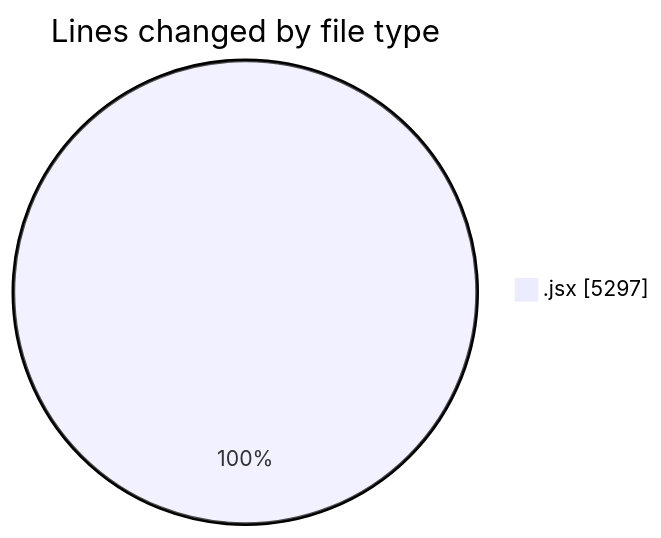
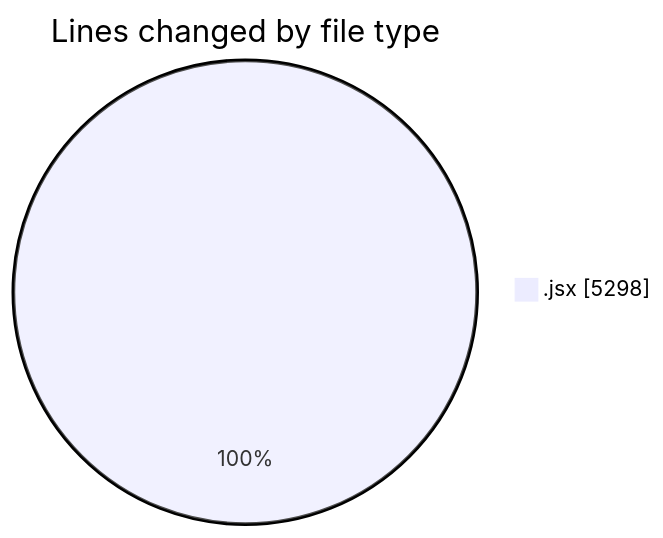
Before and after one commit to nxtqubesakshisongat/code-tracking: the first of 2 diagrams in 2025-07-08/argos/README.md, drawn with Mermaid. The commit also changed other lines of this file and 1 other file, not shown here.

````diff
--- a/2025-07-08/argos/README.md
+++ b/2025-07-08/argos/README.md
@@ -26,5 +26,5 @@
 ```mermaid
 pie showData
 title Lines changed by file type
-".jsx" : 5297
+".jsx" : 5298
 ```
````
